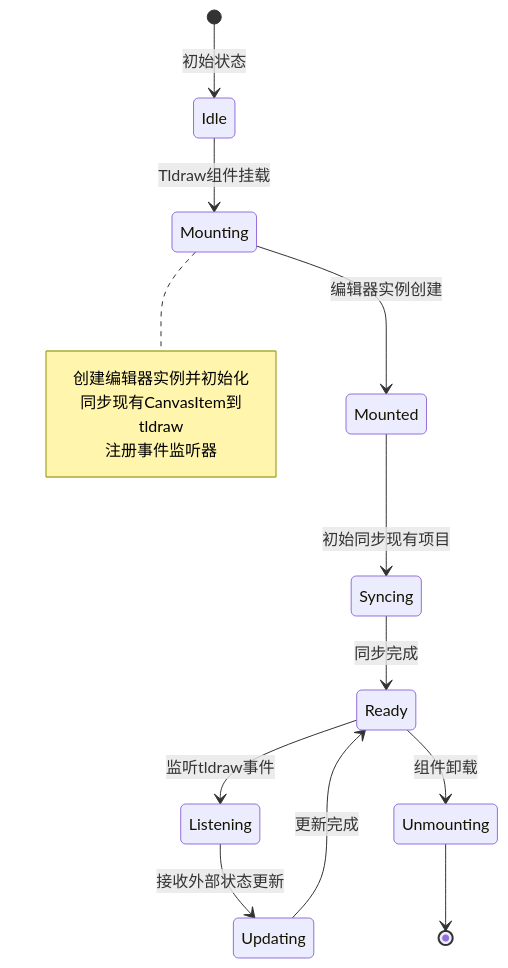
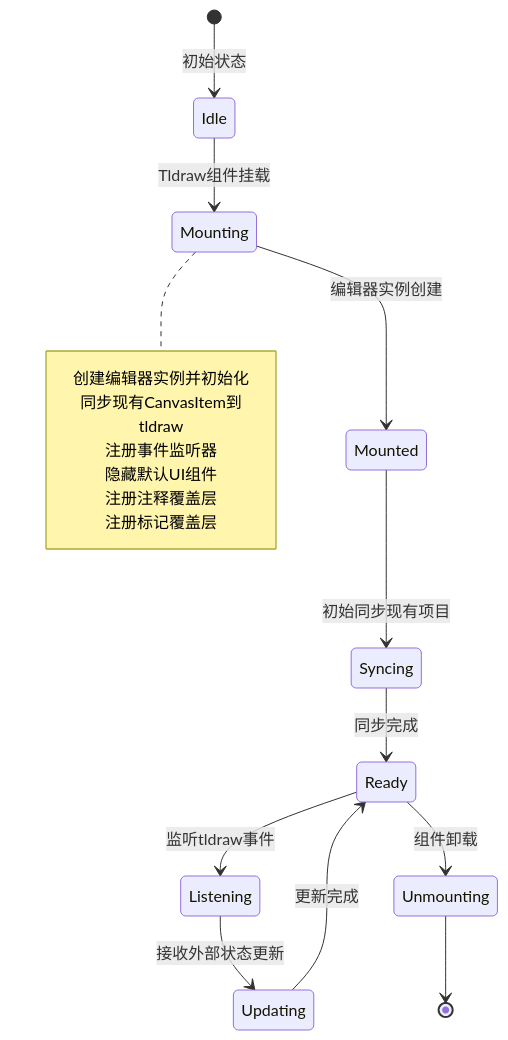
One commit to billye220670/BananaFlow2 changed the ninth of 22 diagrams in .qoder/repowiki/zh/content/核心功能模块/画布交互系统.md. Above: the diagram before and after it, drawn with Mermaid. The commit also changed other lines of this file and 10 other files, not shown here.

````diff
--- a/.qoder/repowiki/zh/content/核心功能模块/画布交互系统.md
+++ b/.qoder/repowiki/zh/content/核心功能模块/画布交互系统.md
@@ -324,18 +472,21 @@
 ```mermaid
 stateDiagram-v2
 [*] --> Idle : 初始状态
 Idle --> Mounting : Tldraw组件挂载
 Mounting --> Mounted : 编辑器实例创建
 Mounted --> Syncing : 初始同步现有项目
 Syncing --> Ready : 同步完成
 Ready --> Listening : 监听tldraw事件
 Listening --> Updating : 接收外部状态更新
 Updating --> Ready : 更新完成
 Ready --> Unmounting : 组件卸载
 Unmounting --> [*]
 note right of Mounting
 创建编辑器实例并初始化
 同步现有CanvasItem到tldraw
 注册事件监听器
+隐藏默认UI组件
+注册注释覆盖层
+注册标记覆盖层
 end note
 ```
````
